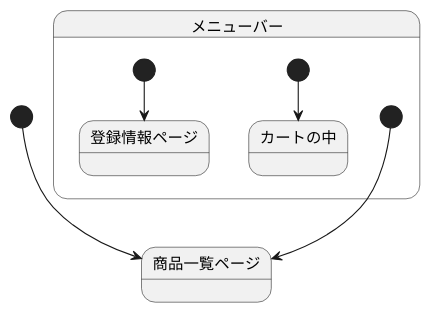
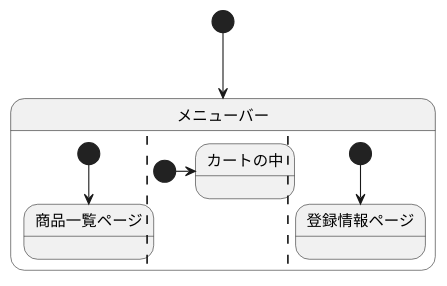
The diagram in sample/StateMachine.md (Aso2001385/2021sys-design), drawn with PlantUML before and after one commit.

````diff
--- a/sample/StateMachine.md
+++ b/sample/StateMachine.md
@@ -1,19 +1,18 @@
 ```uml
 @startuml
 
-[*] --> 商品一覧ページ
+[*] --> メニューバー
 state メニューバー {
  [*] --> 商品一覧ページ
- 
  ||
- [*] --> カートの中 
+ [*] -> カートの中 
  ||
  [*] --> 登録情報ページ
 }
 
 
 
 
 
 @enduml
 ```
````
